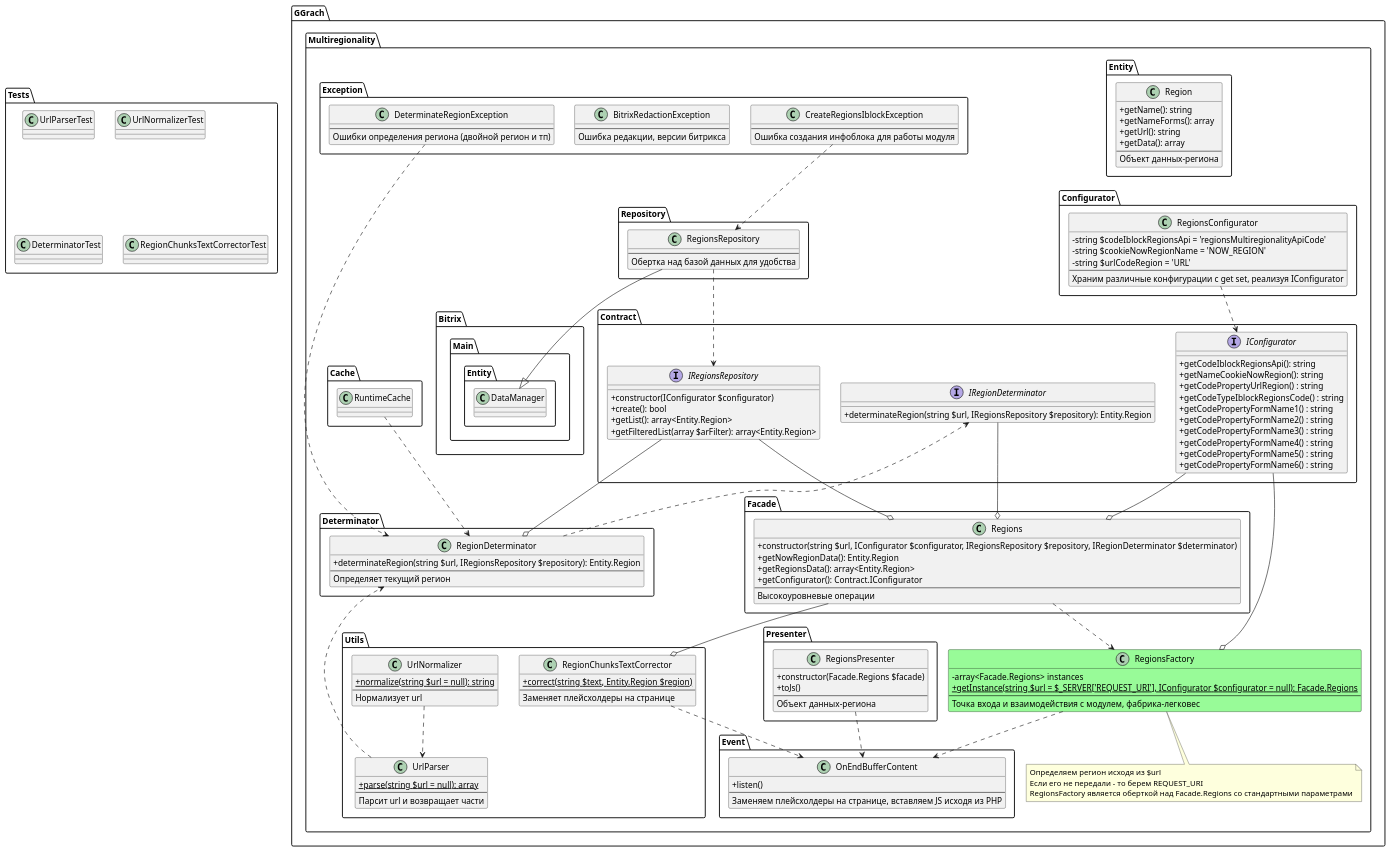
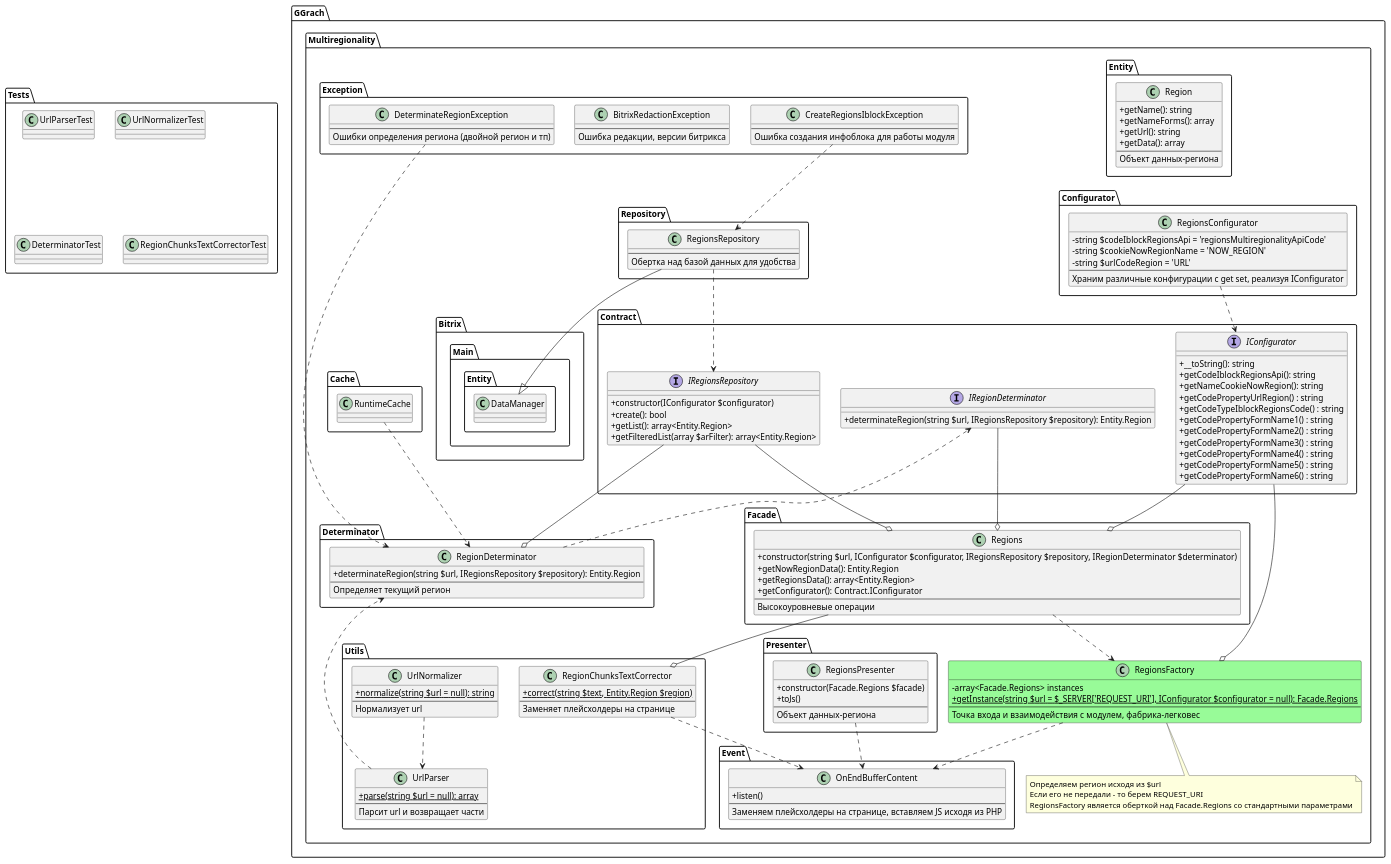
The diagram in ggrachdev.multiregionality/classes/general/Multiregionality/structure.puml (ggrachdev/bitrix_module_multiregionality), drawn with PlantUML before and after one commit. The commit also changed 3 other files, not shown here.

```diff
--- a/ggrachdev.multiregionality/classes/general/Multiregionality/structure.puml
+++ b/ggrachdev.multiregionality/classes/general/Multiregionality/structure.puml
@@ -1,196 +1,197 @@
 @startuml
 
 skinparam classAttributeIconSize 0
 
 package Tests {
     class UrlParserTest {
     }
 
     class UrlNormalizerTest {
     }
 
     class DeterminatorTest {
     }
 
     class RegionChunksTextCorrectorTest {
     }
 }
 
 package GGrach.Multiregionality {
 
     class RegionsFactory #palegreen ##black {
         - array<Facade.Regions> instances
         + {static} getInstance(string $url = $_SERVER['REQUEST_URI'], IConfigurator $configurator = null): Facade.Regions
         ---
         Точка входа и взаимодействия с модулем, фабрика-легковес
     }
 
     note bottom of RegionsFactory
         Определяем регион исходя из $url
         Если его не передали - то берем REQUEST_URI
         RegionsFactory является оберткой над Facade.Regions со стандартными параметрами
     end note
 
     namespace Entity {
         class Region {
             + getName(): string
             + getNameForms(): array
             + getUrl(): string
             + getData(): array
             ---
             Объект данных-региона
         }
     }
 
     namespace Presenter {
         class RegionsPresenter {
             + constructor(Facade.Regions $facade)
             + toJs()
             ---
             Объект данных-региона
         }
     }
 
     namespace Exception {
         class CreateRegionsIblockException {
             ---
             Ошибка создания инфоблока для работы модуля
         }
 
         class BitrixRedactionException {
             ---
             Ошибка редакции, версии битрикса
         }
 
         class DeterminateRegionException {
             ---
             Ошибки определения региона (двойной регион и тп)
         }
     }
 
     namespace Cache {
         class RuntimeCache {
         }
     }
 
     namespace Contract {
         interface IRegionDeterminator {
             + determinateRegion(string $url, IRegionsRepository $repository): Entity.Region
         }
         interface IRegionsRepository {
             +constructor(IConfigurator $configurator)
             +create(): bool
             +getList(): array<Entity.Region>
             +getFilteredList(array $arFilter): array<Entity.Region>
         }
         interface IConfigurator {
+            + __toString(): string
             + getCodeIblockRegionsApi(): string
             + getNameCookieNowRegion(): string
             + getCodePropertyUrlRegion() : string
             + getCodeTypeIblockRegionsCode() : string
             + getCodePropertyFormName1() : string
             + getCodePropertyFormName2() : string
             + getCodePropertyFormName3() : string
             + getCodePropertyFormName4() : string
             + getCodePropertyFormName5() : string
             + getCodePropertyFormName6() : string
         }
     }
 
     namespace Configurator {
         class RegionsConfigurator {
             - string $codeIblockRegionsApi = 'regionsMultiregionalityApiCode'
             - string $cookieNowRegionName = 'NOW_REGION'
             - string $urlCodeRegion = 'URL'
             ---
             Храним различные конфигурации с get set, реализуя IConfigurator
         }
     }
 
     namespace Event {
         class OnEndBufferContent {
             +listen()
             ---
             Заменяем плейсхолдеры на странице, вставляем JS исходя из PHP
         }
     }
 
     namespace Repository {
         class RegionsRepository {
             ---
             Обертка над базой данных для удобства
         }
     }
 
     namespace Utils {
         class UrlParser {
             + {static} parse(string $url = null): array
             ---
             Парсит url и возвращает части
         }
 
         class UrlNormalizer {
             + {static} normalize(string $url = null): string
             ---
             Нормализует url
         }
 
         class RegionChunksTextCorrector {
             + {static} correct(string $text, Entity.Region $region)
             ---
             Заменяет плейсхолдеры на странице
         }
     }
 
     namespace Determinator {
         class RegionDeterminator {
             + determinateRegion(string $url, IRegionsRepository $repository): Entity.Region
             ---
             Определяет текущий регион
         }
     }
 
     namespace Facade {
         class Regions {
             + constructor(string $url, IConfigurator $configurator, IRegionsRepository $repository, IRegionDeterminator $determinator)
             + getNowRegionData(): Entity.Region
             + getRegionsData(): array<Entity.Region>
             + getConfigurator(): Contract.IConfigurator
             ---
             Высокоуровневые операции
         }
     }
 
     Exception.DeterminateRegionException ..>  Determinator.RegionDeterminator
     Exception.CreateRegionsIblockException ..>  Repository.RegionsRepository
 
     Utils.UrlNormalizer ..>  Utils.UrlParser
     Utils.UrlParser ..>  Determinator.RegionDeterminator
     Utils.RegionChunksTextCorrector ..>  Event.OnEndBufferContent
 
     Presenter.RegionsPresenter ..>  Event.OnEndBufferContent
 
     Configurator.RegionsConfigurator ..>  Contract.IConfigurator
 
     Determinator.RegionDeterminator ..>  Contract.IRegionDeterminator
     
     Cache.RuntimeCache ..>  Determinator.RegionDeterminator
 
     Facade.Regions --o Utils.RegionChunksTextCorrector
     Facade.Regions ..> RegionsFactory
 
     Contract.IConfigurator --o Facade.Regions
     Contract.IConfigurator --o  RegionsFactory
 
     Contract.IRegionsRepository --o Determinator.RegionDeterminator 
     Contract.IRegionsRepository --o  Facade.Regions
 
     Contract.IRegionDeterminator --o  Facade.Regions
 
     Repository.RegionsRepository --|> Bitrix.Main.Entity.DataManager
     Repository.RegionsRepository ..>  Contract.IRegionsRepository
 
     RegionsFactory ..>  Event.OnEndBufferContent
 }
 
 @enduml
```
